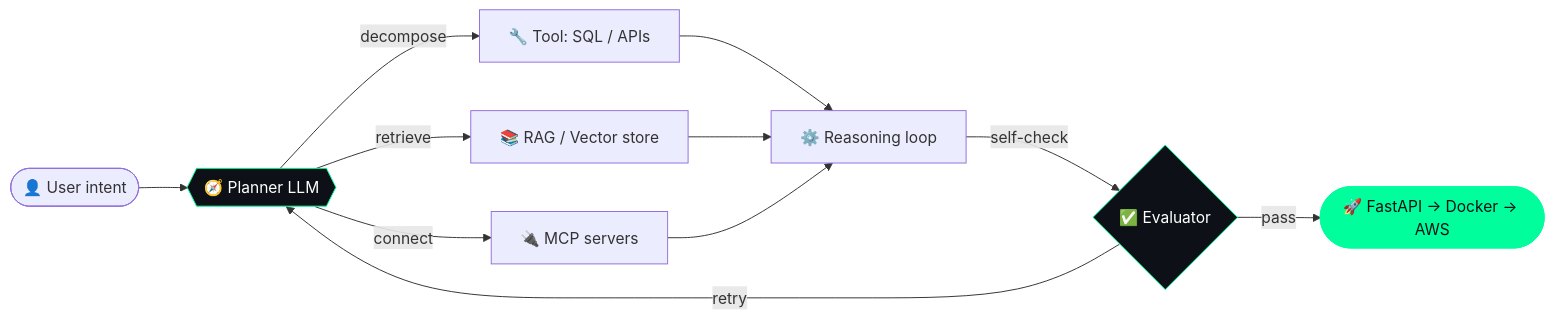
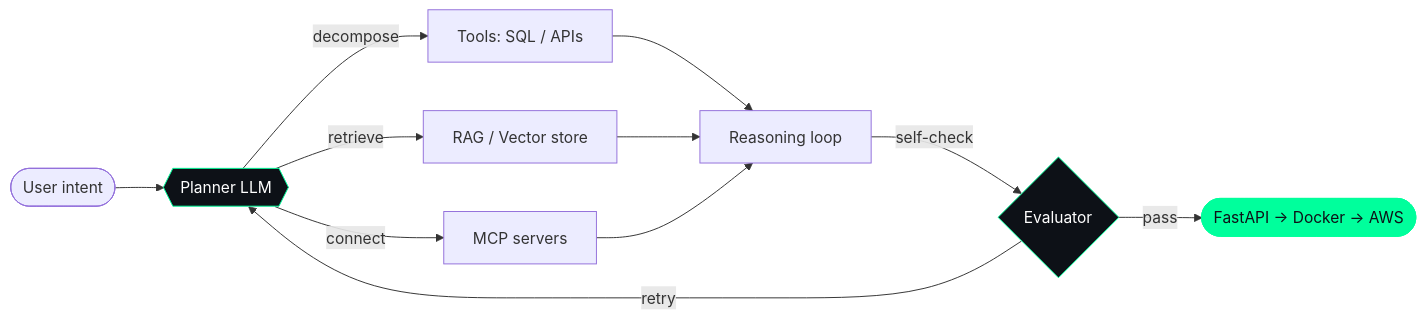
The diagram in README.md (ShubhamRSY/ShubhamRSY), drawn with Mermaid before and after one commit. The commit also changed other lines of this file, not shown here.

Commit message:
Update README with new header and agent status

````diff
--- a/README.md
+++ b/README.md
@@ -52,15 +53,15 @@
 ```mermaid
 flowchart LR
-    U([👤 User intent]) --> P{{🧭 Planner LLM}}
-    P -->|decompose| T1[🔧 Tool: SQL / APIs]
-    P -->|retrieve| T2[📚 RAG / Vector store]
-    P -->|connect| T3[🔌 MCP servers]
-    T1 & T2 & T3 --> R[⚙️ Reasoning loop]
-    R -->|self-check| E{✅ Evaluator}
+    U([User intent]) --> P{{Planner LLM}}
+    P -->|decompose| T1[Tools: SQL / APIs]
+    P -->|retrieve| T2[RAG / Vector store]
+    P -->|connect| T3[MCP servers]
+    T1 & T2 & T3 --> R[Reasoning loop]
+    R -->|self-check| E{Evaluator}
     E -- retry --> P
-    E -- pass --> O([🚀 FastAPI → Docker → AWS])
+    E -- pass --> O([FastAPI → Docker → AWS])
 
     style P fill:#0d1117,stroke:#00ff9c,color:#fff
     style E fill:#0d1117,stroke:#00ff9c,color:#fff
     style O fill:#00ff9c,stroke:#00ff9c,color:#0d1117
 ```
````
